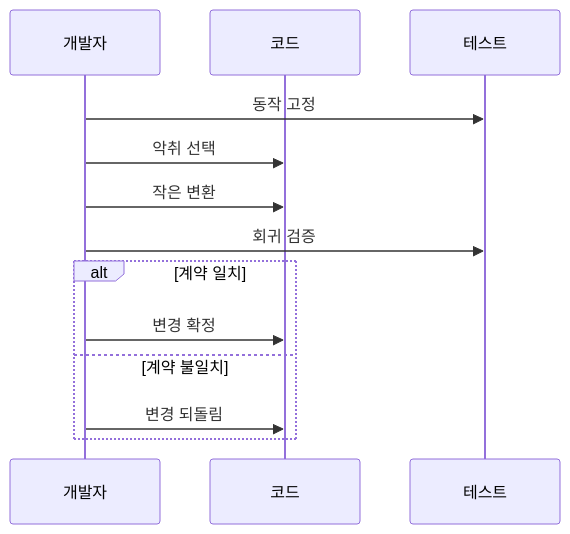
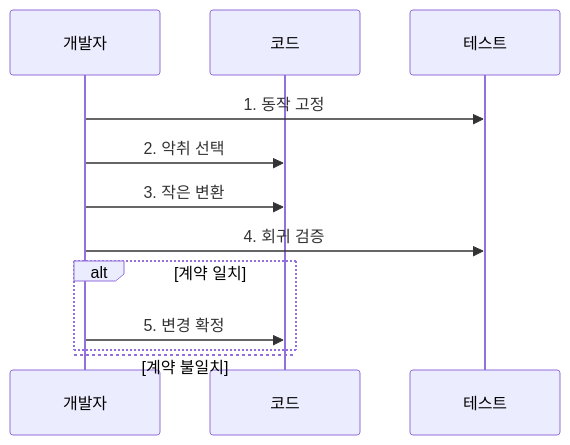
The second of 2 diagrams in src/content/docs/notes/03-software/212_software_refactoring_patterns.md (agnusdei1207/knowledge-base), drawn with Mermaid before and after one commit. The commit also changed other lines of this file and 20 other files, not shown here.

````diff
--- a/src/content/docs/notes/03-software/212_software_refactoring_patterns.md
+++ b/src/content/docs/notes/03-software/212_software_refactoring_patterns.md
@@ -85,15 +78,15 @@
 ```mermaid
 sequenceDiagram
     participant 개발자
     participant 코드
     participant 테스트
-    개발자->>테스트: 동작 고정
-    개발자->>코드: 악취 선택
-    개발자->>코드: 작은 변환
-    개발자->>테스트: 회귀 검증
+    개발자->>테스트: 1. 동작 고정
+    개발자->>코드: 2. 악취 선택
+    개발자->>코드: 3. 작은 변환
+    개발자->>테스트: 4. 회귀 검증
     alt 계약 일치
-        개발자->>코드: 변경 확정
+        개발자->>코드: 5. 변경 확정
     else 계약 불일치
-        개발자->>코드: 변경 되돌림
+
     end
 ```
````
